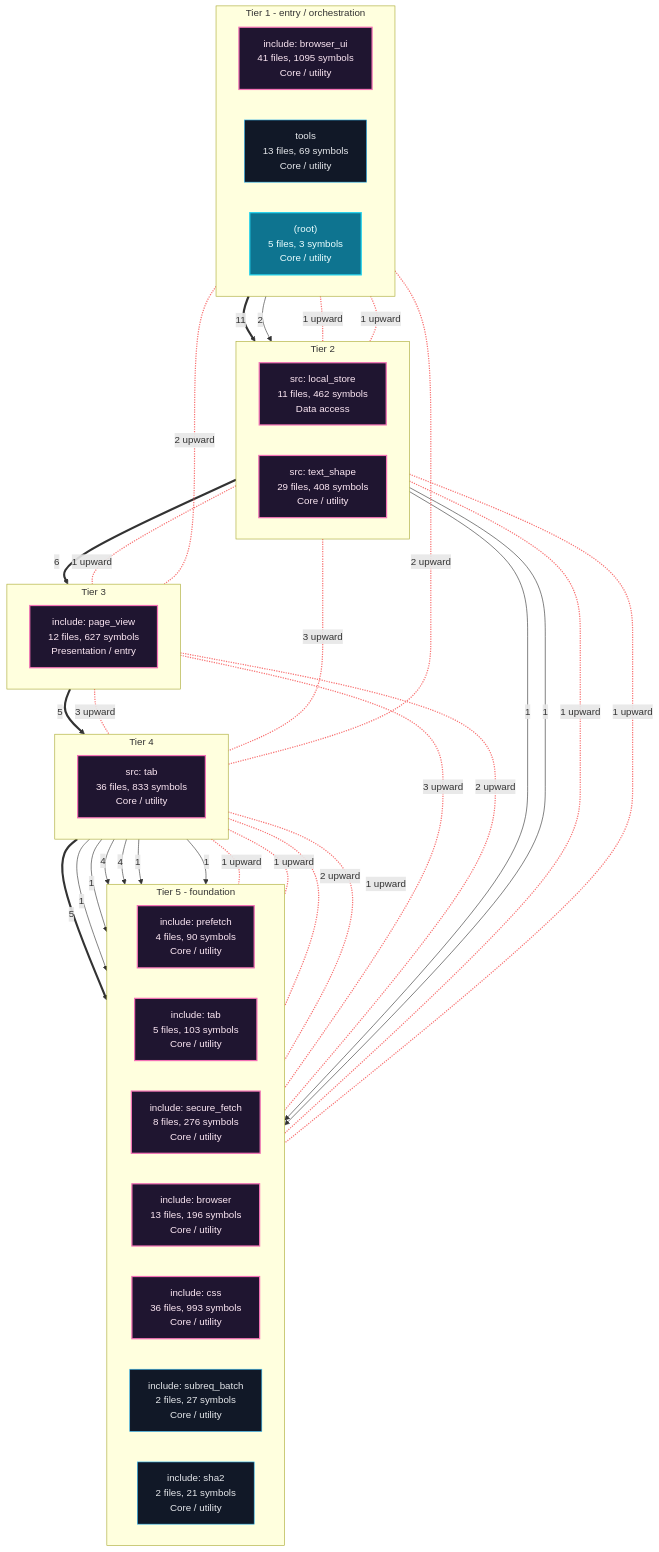
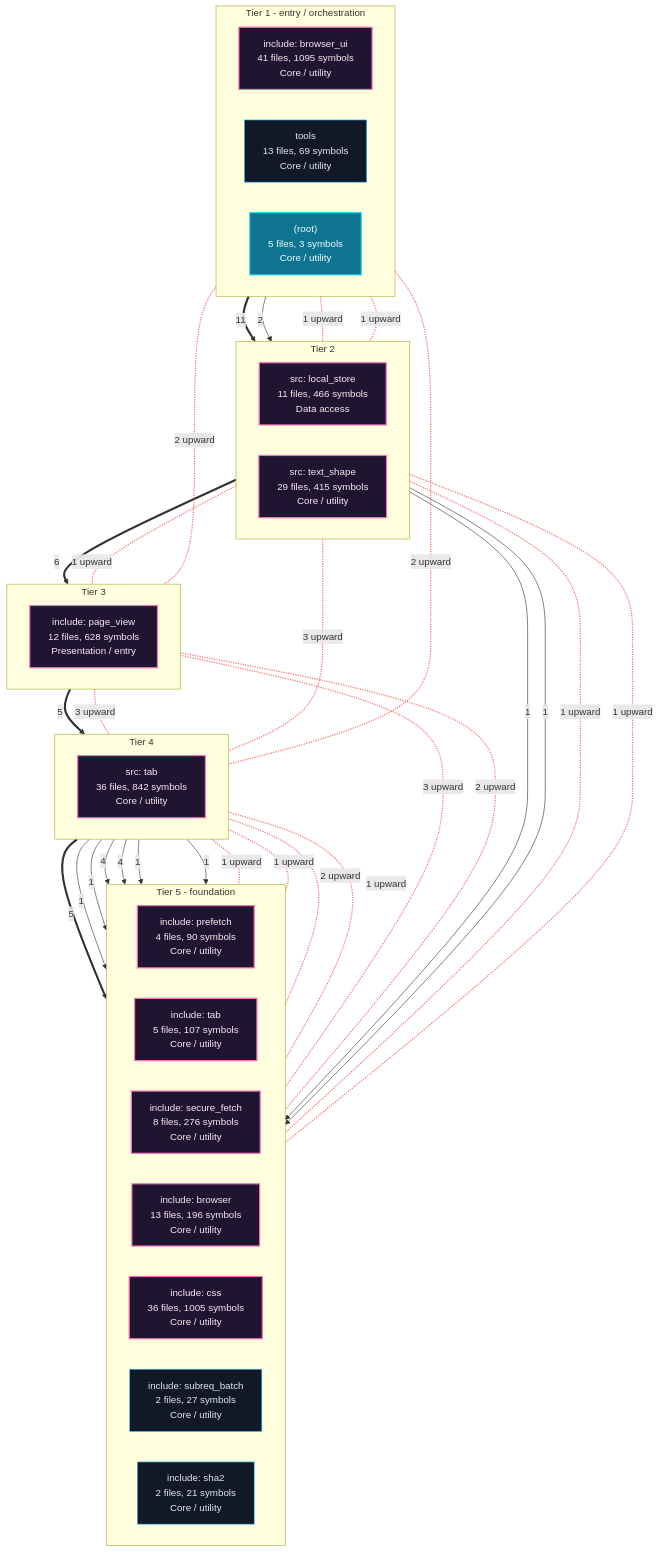
The first of 6 diagrams in readmenator-apidocs/architecture.md (grisuno/FreeDom), drawn with Mermaid before and after one commit. The commit also changed 164 other files, not shown here.

````diff
--- a/readmenator-apidocs/architecture.md
+++ b/readmenator-apidocs/architecture.md
@@ -11,68 +11,68 @@
 ```mermaid
 flowchart TB
     classDef cycle fill:#1f1530,stroke:#f472b6,color:#fce7f3,stroke-width:2px;
     classDef default fill:#111827,stroke:#38bdf8,color:#e5e7eb;
     classDef entry fill:#0e7490,stroke:#22d3ee,color:#ecfeff,stroke-width:2px;
     subgraph lane_0["Tier 1 - entry / orchestration"]
         direction LR
         n_c0["include: browser_ui<br/>41 files, 1095 symbols<br/>Core / utility"]:::cycle
         n_d_tools["tools<br/>13 files, 69 symbols<br/>Core / utility"]:::default
         n_d__root_["(root)<br/>5 files, 3 symbols<br/>Core / utility"]:::entry
     end
     subgraph lane_1["Tier 2"]
         direction LR
-        n_c6["src: local_store<br/>11 files, 462 symbols<br/>Data access"]:::cycle
-        n_c3["src: text_shape<br/>29 files, 408 symbols<br/>Core / utility"]:::cycle
+        n_c6["src: local_store<br/>11 files, 466 symbols<br/>Data access"]:::cycle
+        n_c3["src: text_shape<br/>29 files, 415 symbols<br/>Core / utility"]:::cycle
     end
     subgraph lane_2["Tier 3"]
         direction LR
-        n_c4["include: page_view<br/>12 files, 627 symbols<br/>Presentation / entry"]:::cycle
+        n_c4["include: page_view<br/>12 files, 628 symbols<br/>Presentation / entry"]:::cycle
     end
     subgraph lane_3["Tier 4"]
         direction LR
-        n_c2["src: tab<br/>36 files, 833 symbols<br/>Core / utility"]:::cycle
+        n_c2["src: tab<br/>36 files, 842 symbols<br/>Core / utility"]:::cycle
     end
     subgraph lane_4["Tier 5 - foundation"]
         direction LR
         n_c9["include: prefetch<br/>4 files, 90 symbols<br/>Core / utility"]:::cycle
-        n_c8["include: tab<br/>5 files, 103 symbols<br/>Core / utility"]:::cycle
+        n_c8["include: tab<br/>5 files, 107 symbols<br/>Core / utility"]:::cycle
         n_c7["include: secure_fetch<br/>8 files, 276 symbols<br/>Core / utility"]:::cycle
         n_c5["include: browser<br/>13 files, 196 symbols<br/>Core / utility"]:::cycle
-        n_c1["include: css<br/>36 files, 993 symbols<br/>Core / utility"]:::cycle
+        n_c1["include: css<br/>36 files, 1005 symbols<br/>Core / utility"]:::cycle
         n_c11["include: subreq_batch<br/>2 files, 27 symbols<br/>Core / utility"]:::default
         n_c10["include: sha2<br/>2 files, 21 symbols<br/>Core / utility"]:::default
     end
     n_c0 ==>|"11"| n_c3
     n_c0 -->|"2"| n_c6
     n_c2 ==>|"5"| n_c1
     n_c2 -->|"1"| n_c10
     n_c2 -->|"1"| n_c11
     n_c2 -->|"4"| n_c5
     n_c2 -->|"4"| n_c7
     n_c2 -->|"1"| n_c8
     n_c2 -->|"1"| n_c9
     n_c3 ==>|"6"| n_c4
     n_c4 ==>|"5"| n_c2
     n_c6 -->|"1"| n_c5
     n_c6 -->|"1"| n_c7
     n_c3 <-.-|"1 upward"| n_c1
     n_c4 <-.-|"3 upward"| n_c1
     n_c0 <-.-|"2 upward"| n_c2
     n_c3 <-.-|"3 upward"| n_c2
     n_c4 <-.-|"3 upward"| n_c2
     n_c0 <-.-|"1 upward"| n_c3
     n_c0 <-.-|"2 upward"| n_c4
     n_c3 <-.-|"1 upward"| n_c4
     n_c2 <-.-|"1 upward"| n_c5
     n_c0 <-.-|"1 upward"| n_c6
     n_c2 <-.-|"1 upward"| n_c7
     n_c3 <-.-|"1 upward"| n_c7
     n_c2 <-.-|"2 upward"| n_c8
     n_c4 <-.-|"2 upward"| n_c8
     n_c2 <-.-|"1 upward"| n_c9
     linkStyle 13,14,15,16,17,18,19,20,21,22,23,24,25,26,27 stroke:#f87171,stroke-width:2px;
     n_c0 ~~~ n_c6
     n_c6 ~~~ n_c4
     n_c4 ~~~ n_c2
     n_c2 ~~~ n_c9
 ```
````
